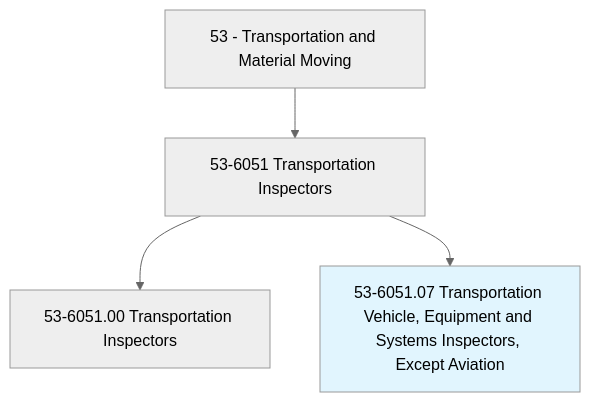
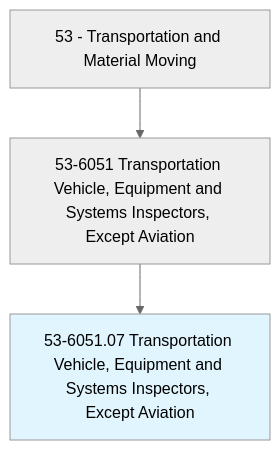
One commit to kziemski/business.org.ai changed the first of 4 diagrams in occupations/Transportation/TransportationVehicleEquipmentAndSystemsInspectorsExceptAviation.mdx. Above: the diagram before and after it, drawn with Mermaid (neutral theme). The commit also changed other lines of this file and 938 other files, not shown here.

````diff
--- a/occupations/Transportation/TransportationVehicleEquipmentAndSystemsInspectorsExceptAviation.mdx
+++ b/occupations/Transportation/TransportationVehicleEquipmentAndSystemsInspectorsExceptAviation.mdx
@@ -19,7 +23,6 @@
 ```mermaid
 graph TD
-    Cat53["53 - Transportation and Material Moving"] --> Group536051["53-6051 Transportation Inspectors"]
-    Group536051 --> Base["53-6051.00 Transportation Inspectors"]
+    Cat53["53 - Transportation and Material Moving"] --> Group536051["53-6051 Transportation Vehicle, Equipment and Systems Inspectors, Except Aviation"]
     Group536051 --> Current["53-6051.07 Transportation Vehicle, Equipment and Systems Inspectors, Except Aviation"]
     style Current fill:#e1f5fe
 ```
````
